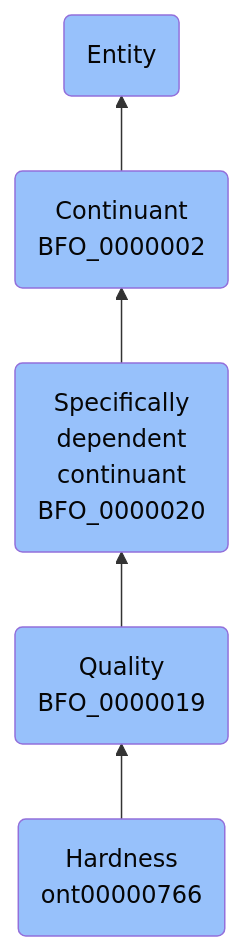
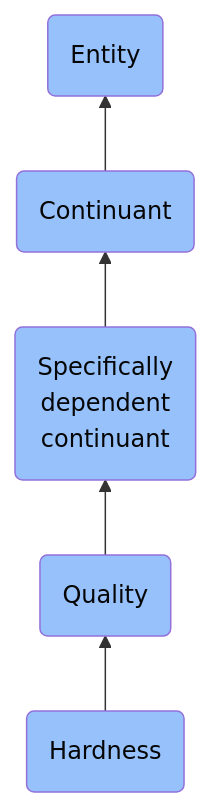
One commit to jupyter-naas/abi changed the diagram in docs/ontology/reference/model/Entity/Continuant/Specifically dependent continuant/Quality/Hardness/Hardness.md. Above: the diagram before and after it, drawn with Mermaid. The commit also changed other lines of this file and 1430 other files, not shown here.

````diff
--- a/docs/ontology/reference/model/Entity/Continuant/Specifically dependent continuant/Quality/Hardness/Hardness.md
+++ b/docs/ontology/reference/model/Entity/Continuant/Specifically dependent continuant/Quality/Hardness/Hardness.md
@@ -24,12 +24,12 @@
 ```mermaid
 graph BT
-    ont00000766(Hardness<br>ont00000766):::BFO-->BFO_0000019
-    BFO_0000019(Quality<br>BFO_0000019):::BFO-->BFO_0000020
-    BFO_0000020(Specifically<br>dependent<br>continuant<br>BFO_0000020):::BFO-->BFO_0000002
-    BFO_0000002(Continuant<br>BFO_0000002):::BFO-->BFO_0000001
+    ont00000766(Hardness):::BFO-->BFO_0000019
+    BFO_0000019(Quality):::BFO-->BFO_0000020
+    BFO_0000020(Specifically<br>dependent<br>continuant):::BFO-->BFO_0000002
+    BFO_0000002(Continuant):::BFO-->BFO_0000001
     BFO_0000001(Entity):::BFO
     
     classDef BFO fill:#97c1fb,color:#060606
     classDef CCO fill:#e4c51e,color:#060606
     classDef ABI fill:#48DD82,color:#060606
 ```
````
